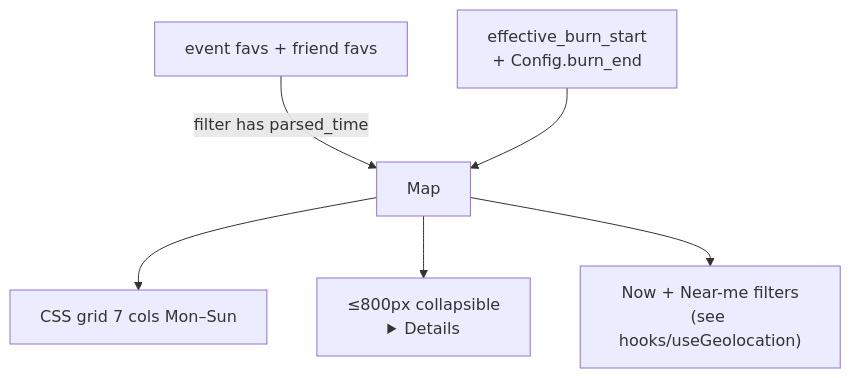
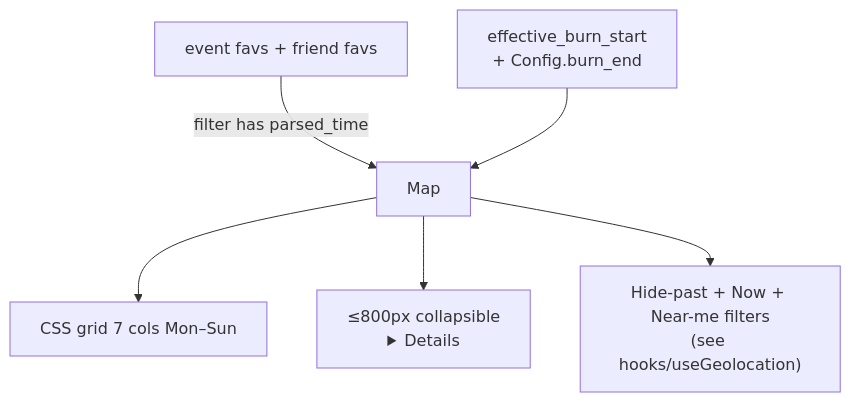
The third of 3 diagrams in docs/11-schedule-system.md (shreyaspurohit/playa), drawn with Mermaid before and after one commit. The commit also changed other lines of this file and 44 other files, not shown here.

````diff
--- a/docs/11-schedule-system.md
+++ b/docs/11-schedule-system.md
@@ -91,11 +98,11 @@
 ```mermaid
 flowchart TD
   StarredEvents[event favs + friend favs]
   Window["effective_burn_start<br>+ Config.burn_end"]
   Cells["Map<dayKey → events[]>"]
   StarredEvents -->|filter has parsed_time| Cells
   Window --> Cells
   Cells --> ColumnsDesktop[CSS grid 7 cols Mon–Sun]
   Cells --> AccordMobile["≤800px collapsible <details>"]
-  Cells --> Filters["Now + Near-me filters<br>(see hooks/useGeolocation)"]
+  Cells --> Filters["Hide-past + Now + Near-me filters<br>(see hooks/useGeolocation)"]
 ```
````
